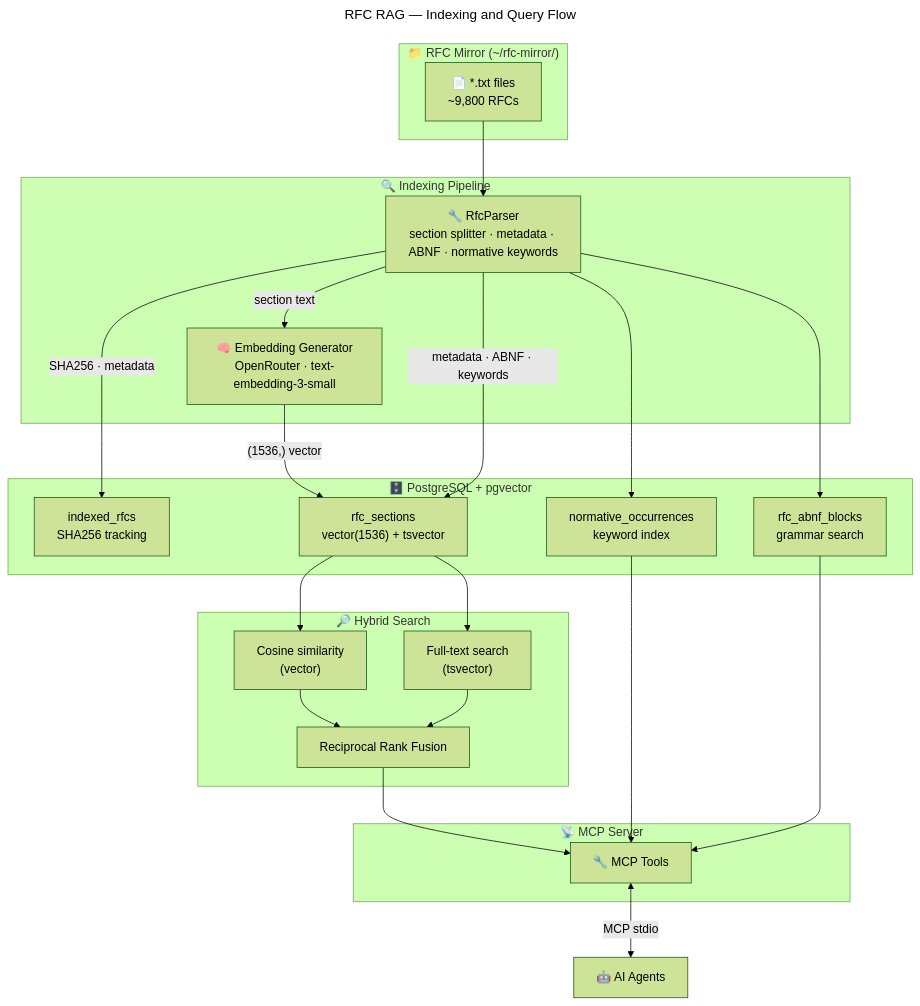
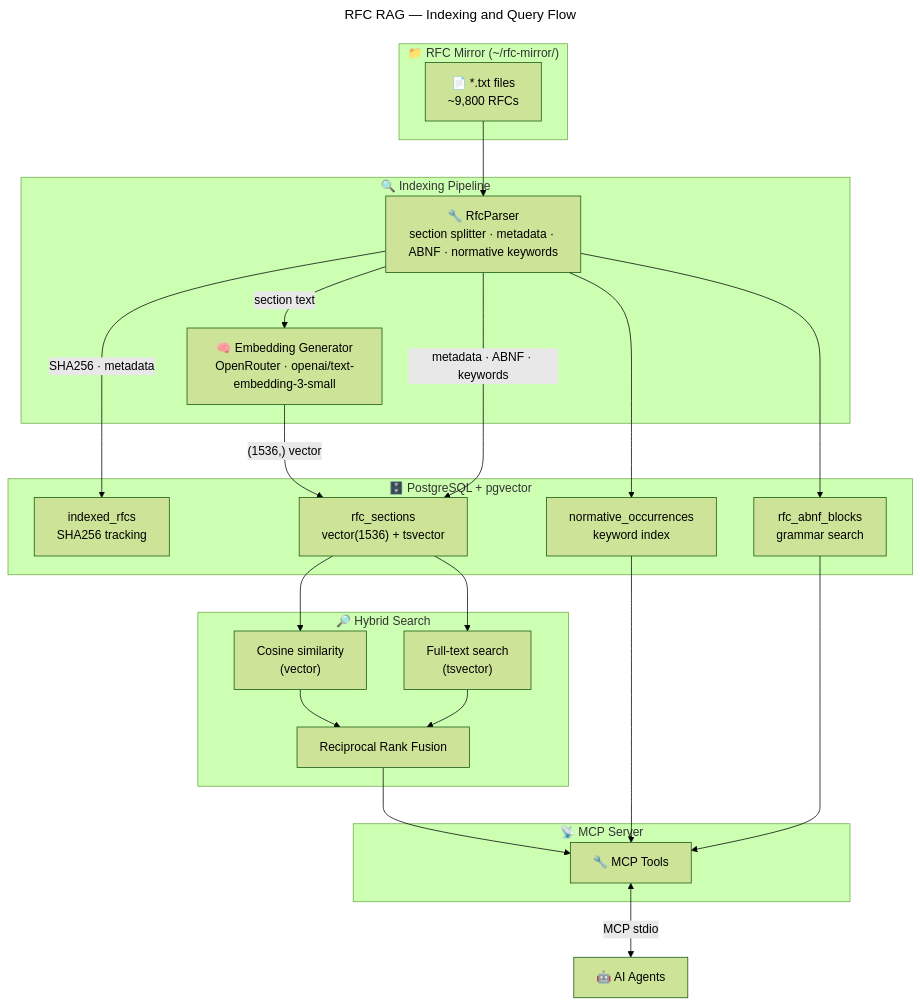
One commit to mirusser/rfc-rag changed the diagram in README.md. Above: the diagram before and after it, drawn with Mermaid (forest theme). The commit also changed other lines of this file and 19 other files, not shown here.

````diff
--- a/README.md
+++ b/README.md
@@ -43,48 +43,48 @@
 ```mermaid
 ---
 title: RFC RAG — Indexing and Query Flow
 ---
 flowchart TB
     subgraph source["📁 RFC Mirror (~/rfc-mirror/)"]
         Txt["📄 *.txt files\n~9,800 RFCs"]
     end
 
     subgraph index["🔍 Indexing Pipeline"]
         Parser["🔧 RfcParser\nsection splitter · metadata · ABNF · normative keywords"]
-        Embed["🧠 Embedding Generator\nOpenRouter · text-embedding-3-small"]
+        Embed["🧠 Embedding Generator\nOpenRouter · openai/text-embedding-3-small"]
     end
 
     subgraph store["🗄️ PostgreSQL + pgvector"]
         Indexed["indexed_rfcs\nSHA256 tracking"]
         Sections["rfc_sections\nvector(1536) + tsvector"]
         Norm["normative_occurrences\nkeyword index"]
         Abnf["rfc_abnf_blocks\ngrammar search"]
     end
 
     subgraph search["🔎 Hybrid Search"]
         Vector["Cosine similarity\n(vector)"]
         FTS["Full-text search\n(tsvector)"]
         RRF["Reciprocal Rank Fusion"]
     end
 
     subgraph serve["📡 MCP Server"]
         Tools["🔧 MCP Tools"]
     end
 
     Clients["🤖 AI Agents"]
 
     Txt --> Parser
     Parser -->|"section text"| Embed -->|"(1536,) vector"| Sections
     Parser -->|"metadata · ABNF · keywords"| Sections
     Parser -->|"SHA256 · metadata"| Indexed
     Parser --> Norm
     Parser --> Abnf
     Sections --> Vector
     Sections --> FTS
     Vector --> RRF
     FTS --> RRF
     RRF --> Tools
     Norm --> Tools
     Abnf --> Tools
     Tools <-->|"MCP stdio"| Clients
 ```
````
